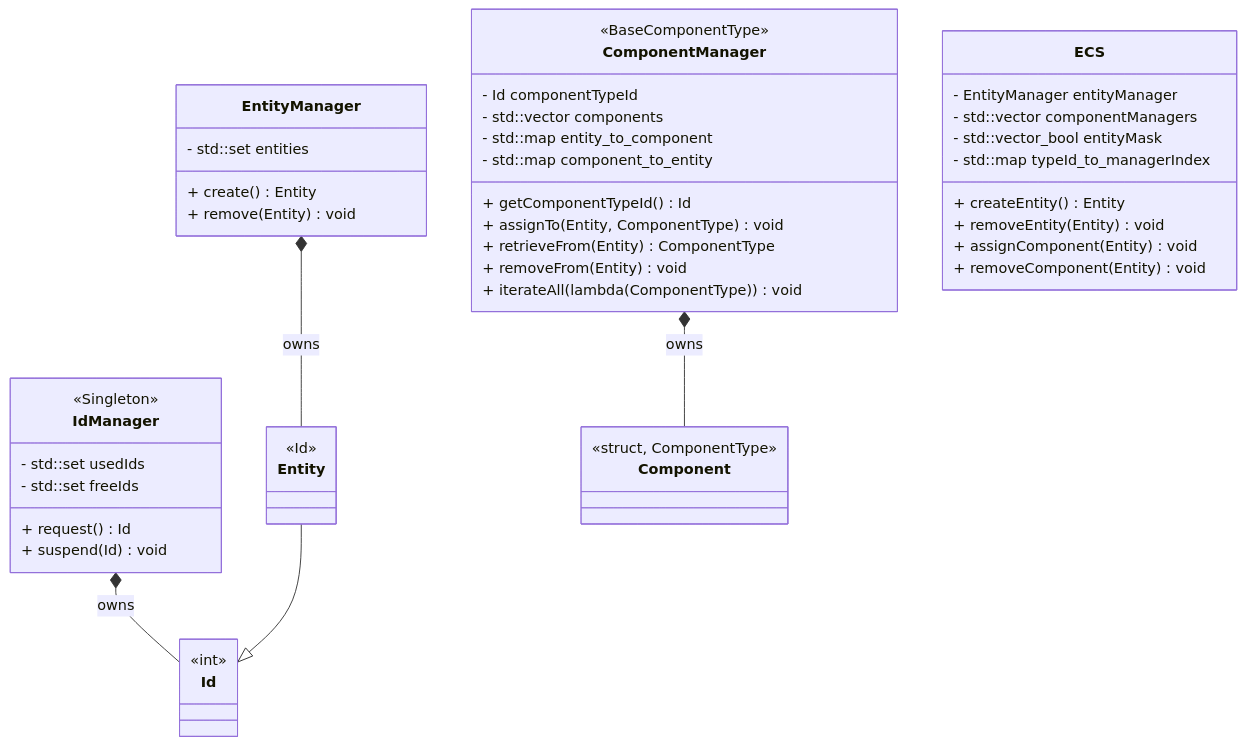
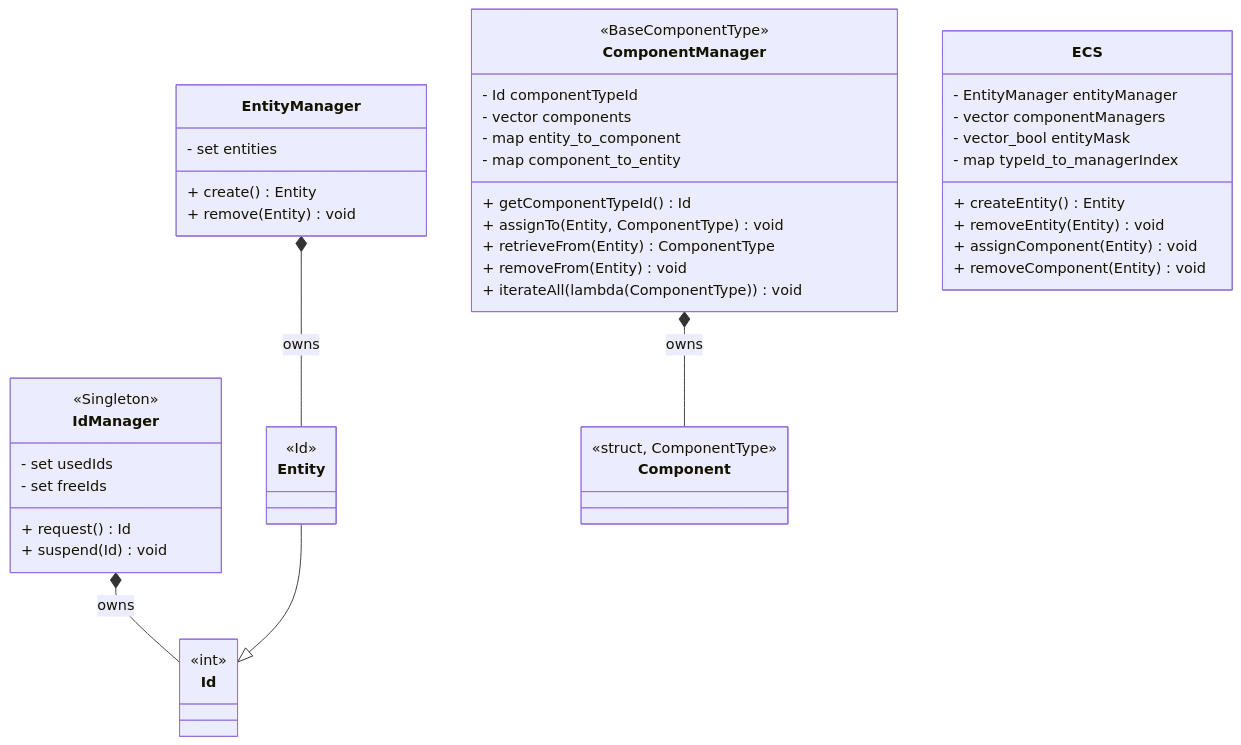
The second of 2 diagrams in ECS_uml.md (SinixND/roguelike), drawn with Mermaid before and after one commit. The commit also changed 12 other files, not shown here.

````diff
--- a/ECS_uml.md
+++ b/ECS_uml.md
@@ -12,64 +12,64 @@
 ```mermaid
 classDiagram 
 
 direction TB
 title ECS
 
     class Id {
         <<int>>
     }
 
     IdManager *-- Id : owns
 
     class IdManager {
         <<Singleton>>
-        - std::set usedIds
-        - std::set freeIds
+        - set usedIds
+        - set freeIds
         + request() Id
         + suspend(Id) void
     }
 
     Entity --|> Id
 
     class Entity {
         <<Id>>
     }
 
     EntityManager *-- Entity : owns
 
     class EntityManager {
-        - std::set entities
+        - set entities
         + create() Entity
         + remove(Entity) void
     }
 
     class Component {
         <<struct, ComponentType>>
     }
 
     ComponentManager *-- Component : owns
 
     class ComponentManager {
         <<BaseComponentType>>
         - Id componentTypeId
-        - std::vector components
-        - std::map entity_to_component
-        - std::map component_to_entity
+        - vector components
+        - map entity_to_component
+        - map component_to_entity
         + getComponentTypeId() Id
         + assignTo(Entity, ComponentType) void
         + retrieveFrom(Entity) ComponentType
         + removeFrom(Entity) void
         + iterateAll(lambda(ComponentType)) void
     }
 
     class ECS {
         - EntityManager entityManager
-        - std::vector componentManagers
-        - std::vector_bool entityMask
-        - std::map typeId_to_managerIndex
+        - vector componentManagers
+        - vector_bool entityMask
+        - map typeId_to_managerIndex
         + createEntity() Entity
         + removeEntity(Entity) void
         + assignComponent(Entity) void
         + removeComponent(Entity) void
     }
 ```
````
